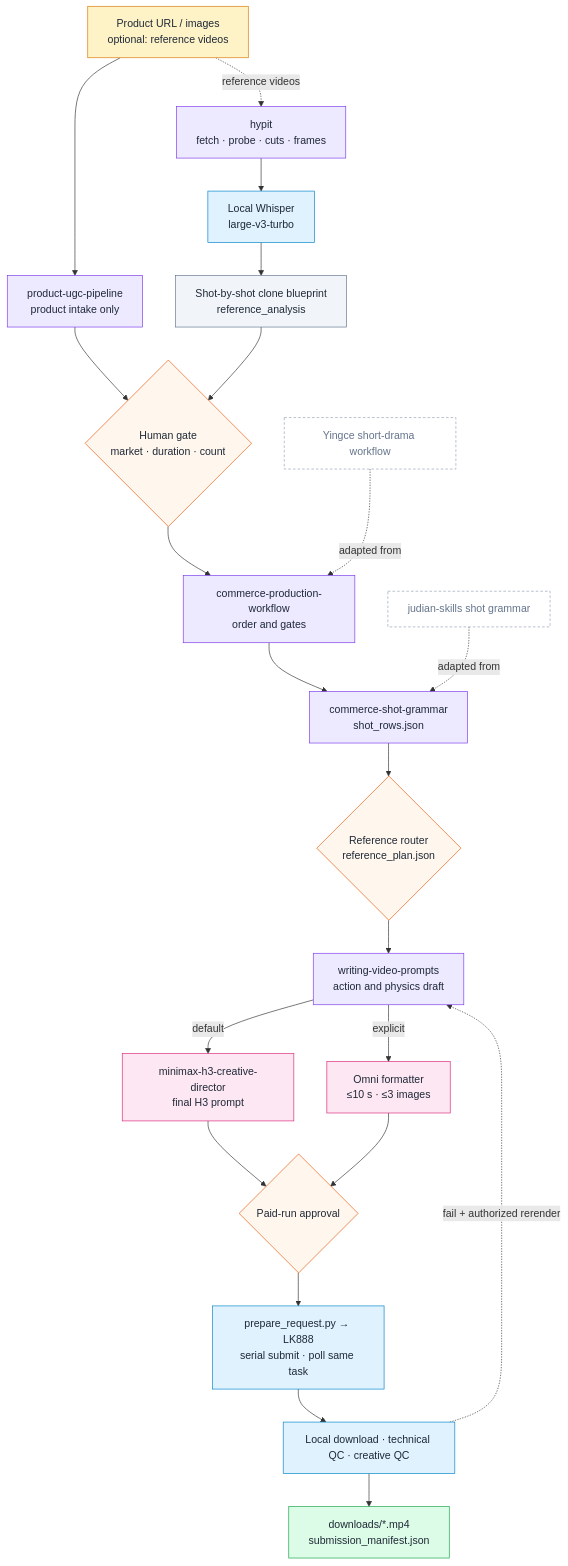
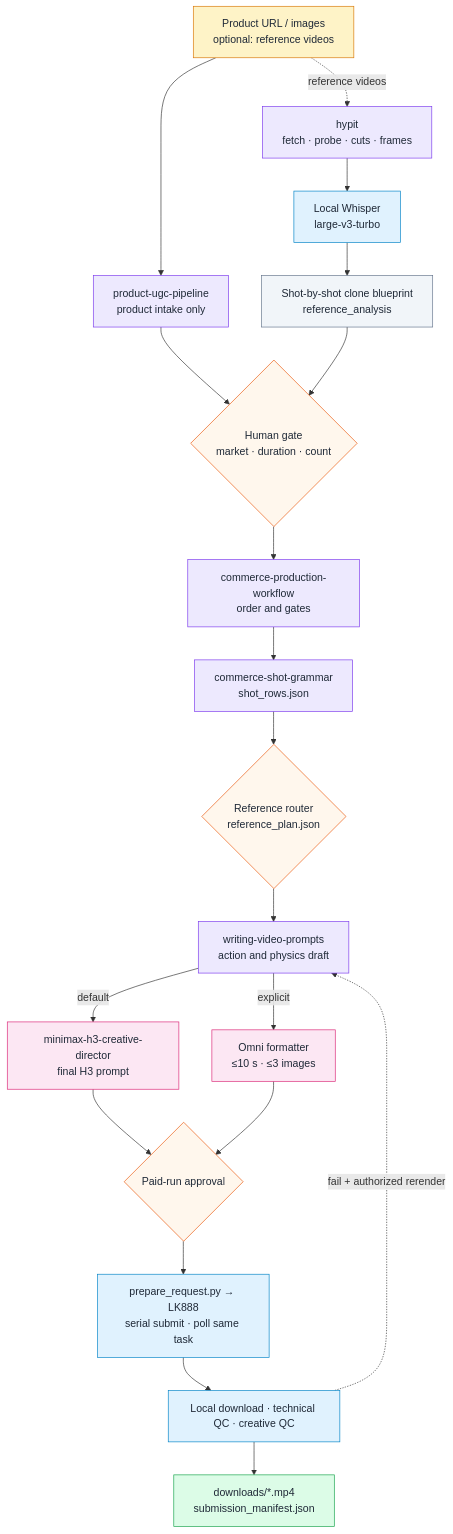
Before and after one commit to peipeijiang/ad-muse: the diagram in README.en.md, drawn with Mermaid. The commit also changed other lines of this file and 1 other file, not shown here.

Commit message:
文档：说明智能体图像分析并调整项目介绍

````diff
--- a/README.en.md
+++ b/README.en.md
@@ -37,43 +37,37 @@
 ```mermaid
 flowchart TD
   IN["Product URL / images<br/>optional: reference videos"]:::input
   PUP["product-ugc-pipeline<br/>product intake only"]:::skill
   HY["hypit<br/>fetch · probe · cuts · frames"]:::skill
   ASR["Local Whisper<br/>large-v3-turbo"]:::tool
   BP["Shot-by-shot clone blueprint<br/>reference_analysis"]:::artifact
   G1{"Human gate<br/>market · duration · count"}:::gate
   CPW["commerce-production-workflow<br/>order and gates"]:::skill
   CSG["commerce-shot-grammar<br/>shot_rows.json"]:::skill
   RT{"Reference router<br/>reference_plan.json"}:::gate
   WVP["writing-video-prompts<br/>action and physics draft"]:::skill
   H3D["minimax-h3-creative-director<br/>final H3 prompt"]:::model
   OMF["Omni formatter<br/>≤10 s · ≤3 images"]:::model
   G2{"Paid-run approval"}:::gate
   SUB["prepare_request.py → LK888<br/>serial submit · poll same task"]:::tool
   QC["Local download · technical QC · creative QC"]:::tool
   OUT["downloads/*.mp4<br/>submission_manifest.json"]:::output
 
   IN --> PUP
   IN -.reference videos.-> HY --> ASR --> BP
   PUP --> G1
   BP --> G1
   G1 --> CPW --> CSG --> RT --> WVP
   WVP -->|default| H3D --> G2
   WVP -->|explicit| OMF --> G2
   G2 --> SUB --> QC --> OUT
   QC -.fail + authorized rerender.-> WVP
 
-  JD["judian-skills shot grammar"]:::ref
-  YC["Yingce short-drama workflow"]:::ref
-  JD -. adapted from .-> CSG
-  YC -. adapted from .-> CPW
-
   classDef input fill:#fef3c7,stroke:#d97706,color:#1f2937
   classDef skill fill:#ede9fe,stroke:#7c3aed,color:#1f2937
   classDef tool fill:#e0f2fe,stroke:#0284c7,color:#1f2937
   classDef model fill:#fce7f3,stroke:#db2777,color:#1f2937
   classDef gate fill:#fff7ed,stroke:#ea580c,color:#1f2937
   classDef artifact fill:#f1f5f9,stroke:#64748b,color:#1f2937
   classDef output fill:#dcfce7,stroke:#16a34a,color:#1f2937
-  classDef ref fill:#ffffff,stroke:#94a3b8,stroke-dasharray:4 3,color:#64748b
 ```
````
